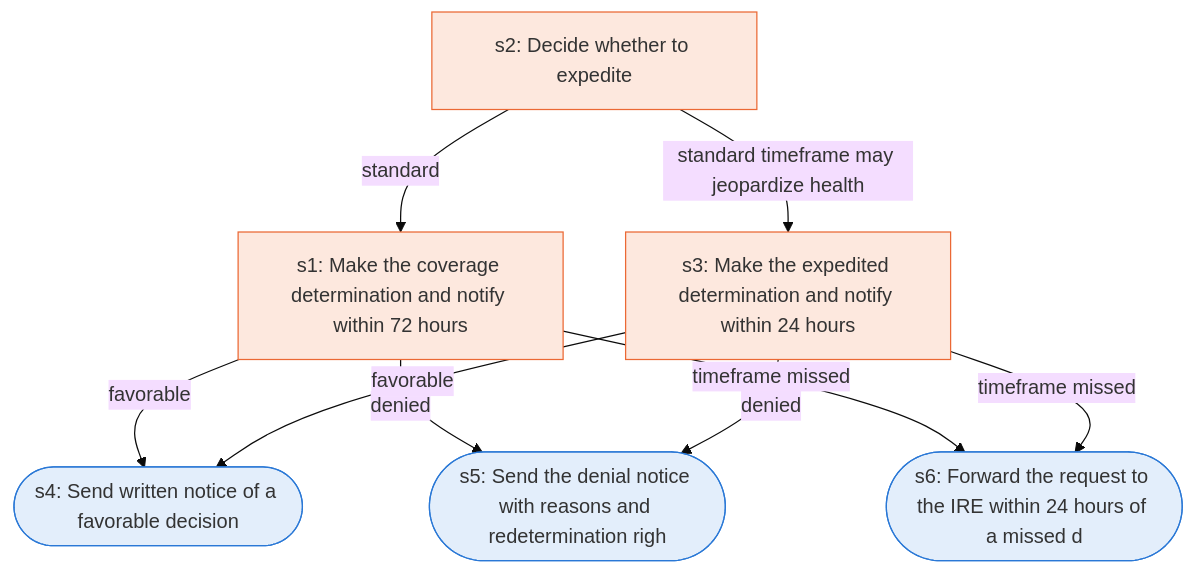
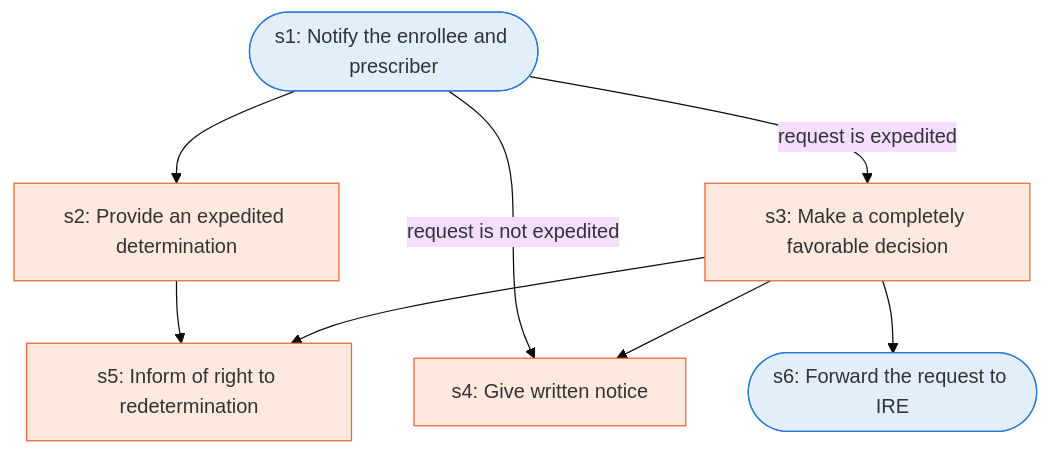
Before and after one commit to Jitesh-Mishra/sop-to-agent-workflows: the diagram in docs/runbooks/pa_partd_coverage_determination.md, drawn with Mermaid (base theme). The commit also changed other lines of this file and 172 other files, not shown here.

````diff
--- a/docs/runbooks/pa_partd_coverage_determination.md
+++ b/docs/runbooks/pa_partd_coverage_determination.md
@@ -7,21 +7,20 @@
 ```mermaid
 flowchart TD
-  s1["s1: Make the coverage determination and notify within 72 hours"]
-  s2["s2: Decide whether to expedite"]
-  s3["s3: Make the expedited determination and notify within 24 hours"]
-  s4(["s4: Send written notice of a favorable decision"])
-  s5(["s5: Send the denial notice with reasons and redetermination righ"])
-  s6(["s6: Forward the request to the IRE within 24 hours of a missed d"])
-  s2 -->|standard timeframe may jeopardize health| s3
-  s2 -->|standard| s1
-  s1 -->|favorable| s4
-  s1 -->|denied| s5
-  s1 -->|timeframe missed| s6
-  s3 -->|favorable| s4
-  s3 -->|denied| s5
-  s3 -->|timeframe missed| s6
+  s1(["s1: Notify the enrollee and prescriber"])
+  s2["s2: Provide an expedited determination"]
+  s3["s3: Make a completely favorable decision"]
+  s4["s4: Give written notice"]
+  s5["s5: Inform of right to redetermination"]
+  s6(["s6: Forward the request to IRE"])
+  s1 --> s2
+  s1 -->|request is expedited| s3
+  s1 -->|request is not expedited| s4
+  s2 --> s5
+  s3 --> s4
+  s3 --> s5
+  s3 --> s6
   classDef agent fill:#e3eefb,stroke:#2a78d6
   classDef human fill:#fde8de,stroke:#eb6834
-  class s4,s5,s6 agent
-  class s1,s2,s3 human
+  class s1,s6 agent
+  class s2,s3,s4,s5 human
 ```
````
